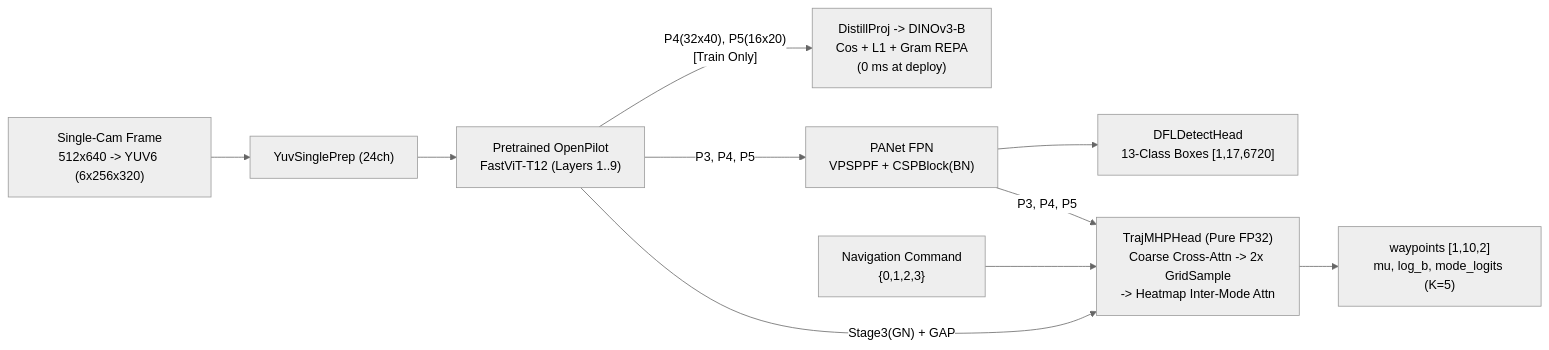
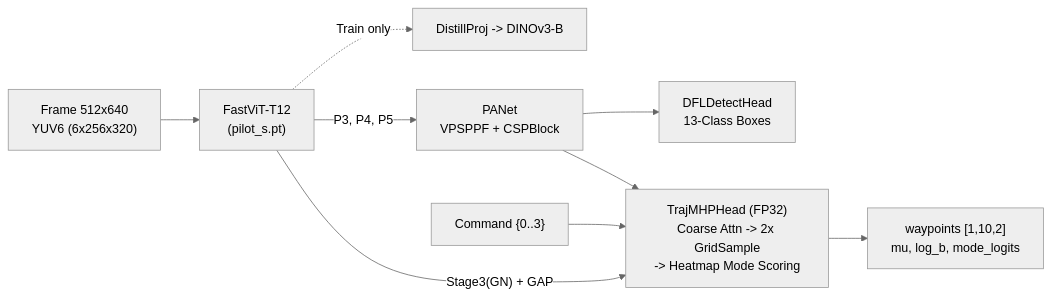
The diagram in examples/bfmc/REPORT.md (vtnguyen04/neuralPilot), drawn with Mermaid (neutral theme) before and after one commit. The commit also changed other lines of this file and 5 other files, not shown here.

Commit message:
feat(hub): host all 15 .pt weights on Hugging Face and enable auto-download for pilot_mhp/pilot_det

````diff
--- a/examples/bfmc/REPORT.md
+++ b/examples/bfmc/REPORT.md
@@ -58,12 +53,11 @@
 ```mermaid
 flowchart LR
-    IMG["Single-Cam Frame<br/>512x640 -> YUV6 (6x256x320)"] --> PREP["YuvSinglePrep (24ch)"]
-    PREP --> BB["Pretrained OpenPilot<br/>FastViT-T12 (Layers 1..9)"]
-    BB -->|"P4(32x40), P5(16x20)<br/>[Train Only]"| DIST["DistillProj -> DINOv3-B<br/>Cos + L1 + Gram REPA<br/>(0 ms at deploy)"]
-    BB -->|"P3, P4, P5"| PAN["PANet FPN<br/>VPSPPF + CSPBlock(BN)"]
-    PAN --> DET["DFLDetectHead<br/>13-Class Boxes [1,17,6720]"]
-    CMD["Navigation Command<br/>{0,1,2,3}"] --> MHP
-    PAN -->|"P3, P4, P5"| MHP["TrajMHPHead (Pure FP32)<br/>Coarse Cross-Attn -> 2x GridSample<br/>-> Heatmap Inter-Mode Attn"]
+    IMG["Frame 512x640<br/>YUV6 (6x256x320)"] --> BB["FastViT-T12<br/>(pilot_s.pt)"]
+    BB -.->|"Train only"| REPA["DistillProj -> DINOv3-B"]
+    BB -->|"P3, P4, P5"| PAN["PANet<br/>VPSPPF + CSPBlock"]
+    PAN --> DET["DFLDetectHead<br/>13-Class Boxes"]
+    CMD["Command {0..3}"] --> MHP
+    PAN --> MHP["TrajMHPHead (FP32)<br/>Coarse Attn -> 2x GridSample<br/>-> Heatmap Mode Scoring"]
     BB -->|"Stage3(GN) + GAP"| MHP
-    MHP --> OUT["waypoints [1,10,2]<br/>mu, log_b, mode_logits (K=5)"]
+    MHP --> OUT["waypoints [1,10,2]<br/>mu, log_b, mode_logits"]
 ```
````
